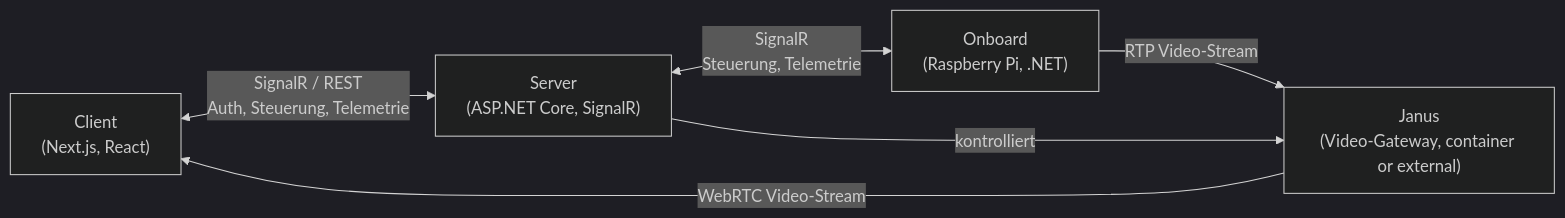
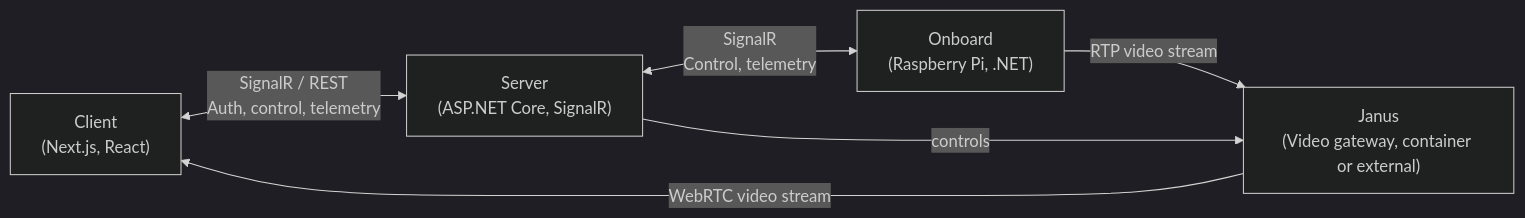
One commit to atomroflman/LteCar changed the first of 6 diagrams in Docs/Architecture.md. Above: the diagram before and after it, drawn with Mermaid (dark theme). The commit also changed other lines of this file and 10 other files, not shown here.

````diff
--- a/Docs/Architecture.md
+++ b/Docs/Architecture.md
@@ -7,13 +7,13 @@
 ```mermaid
 graph LR
     Client["Client<br/>(Next.js, React)"]
     Server["Server<br/>(ASP.NET Core, SignalR)"]
     Onboard["Onboard<br/>(Raspberry Pi, .NET)"]
-    Janus["Janus<br/>(Video-Gateway, container or external)"]
+    Janus["Janus<br/>(Video gateway, container or external)"]
 
-    Client <-- "SignalR / REST<br/>Auth, Steuerung, Telemetrie" --> Server
-    Server <-- "SignalR<br/>Steuerung, Telemetrie" --> Onboard
-    Onboard -- "RTP Video-Stream" --> Janus
-    Janus -- "WebRTC Video-Stream" --> Client
-    Server -- "kontrolliert" --> Janus
+    Client <-- "SignalR / REST<br/>Auth, control, telemetry" --> Server
+    Server <-- "SignalR<br/>Control, telemetry" --> Onboard
+    Onboard -- "RTP video stream" --> Janus
+    Janus -- "WebRTC video stream" --> Client
+    Server -- "controls" --> Janus
 ```
````
